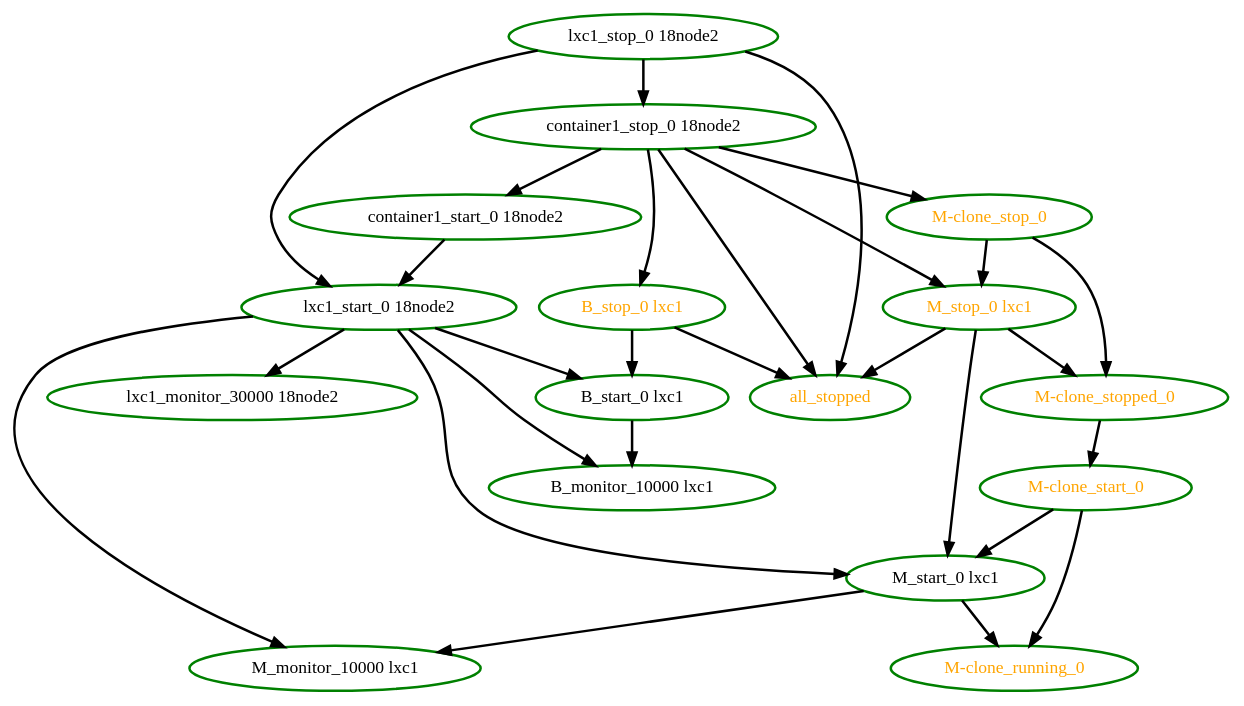
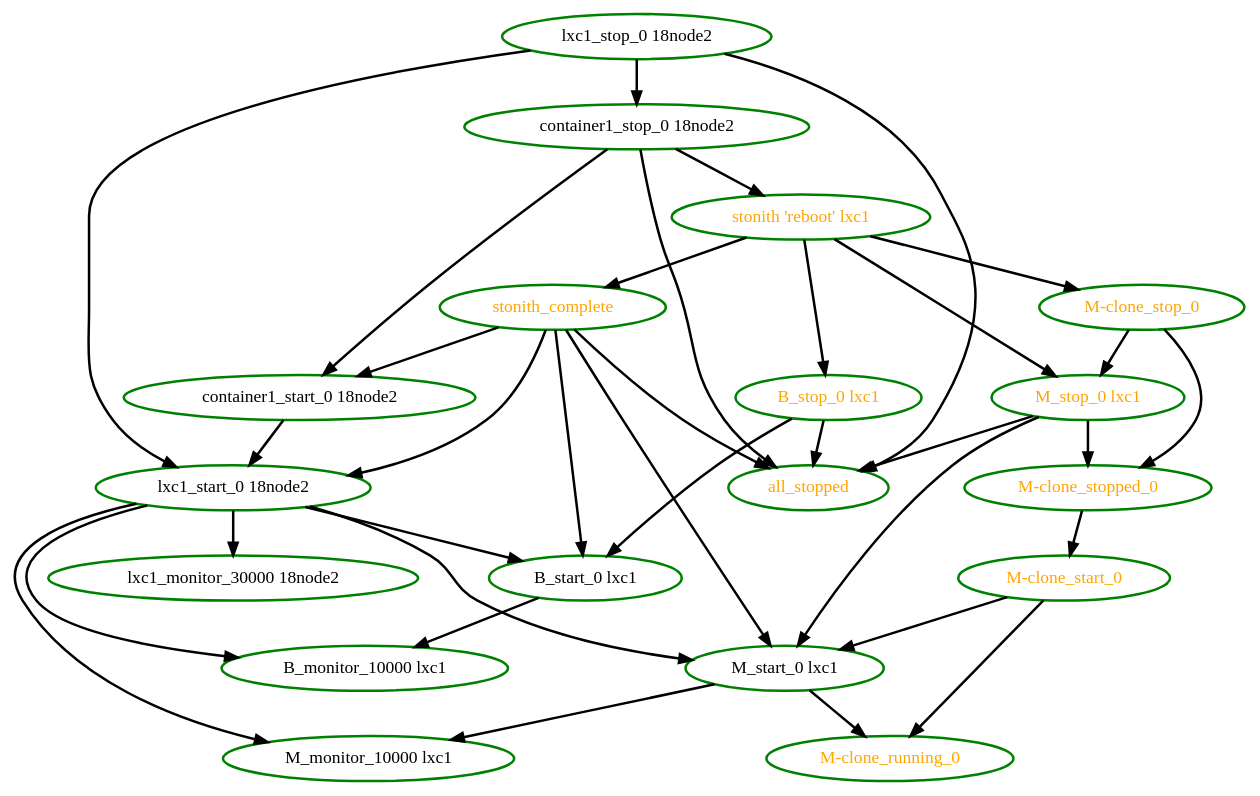
One commit to ClusterLabs/pacemaker changed the diagram in pengine/test10/whitebox-fail2.dot. Above: the diagram before and after it, drawn with Graphviz. The commit also changed 23 other files, not shown here.

```diff
--- a/pengine/test10/whitebox-fail2.dot
+++ b/pengine/test10/whitebox-fail2.dot
@@ -1,45 +1,54 @@
 digraph "g" {
 "B_monitor_10000 lxc1" [ style=bold color="green" fontcolor="black"]
 "B_start_0 lxc1" -> "B_monitor_10000 lxc1" [ style = bold]
 "B_start_0 lxc1" [ style=bold color="green" fontcolor="black"]
 "B_stop_0 lxc1" -> "B_start_0 lxc1" [ style = bold]
 "B_stop_0 lxc1" -> "all_stopped" [ style = bold]
 "B_stop_0 lxc1" [ style=bold color="green" fontcolor="orange"]
 "M-clone_running_0" [ style=bold color="green" fontcolor="orange"]
 "M-clone_start_0" -> "M-clone_running_0" [ style = bold]
 "M-clone_start_0" -> "M_start_0 lxc1" [ style = bold]
 "M-clone_start_0" [ style=bold color="green" fontcolor="orange"]
 "M-clone_stop_0" -> "M-clone_stopped_0" [ style = bold]
 "M-clone_stop_0" -> "M_stop_0 lxc1" [ style = bold]
 "M-clone_stop_0" [ style=bold color="green" fontcolor="orange"]
 "M-clone_stopped_0" -> "M-clone_start_0" [ style = bold]
 "M-clone_stopped_0" [ style=bold color="green" fontcolor="orange"]
 "M_monitor_10000 lxc1" [ style=bold color="green" fontcolor="black"]
 "M_start_0 lxc1" -> "M-clone_running_0" [ style = bold]
 "M_start_0 lxc1" -> "M_monitor_10000 lxc1" [ style = bold]
 "M_start_0 lxc1" [ style=bold color="green" fontcolor="black"]
 "M_stop_0 lxc1" -> "M-clone_stopped_0" [ style = bold]
 "M_stop_0 lxc1" -> "M_start_0 lxc1" [ style = bold]
 "M_stop_0 lxc1" -> "all_stopped" [ style = bold]
 "M_stop_0 lxc1" [ style=bold color="green" fontcolor="orange"]
 "all_stopped" [ style=bold color="green" fontcolor="orange"]
 "container1_start_0 18node2" -> "lxc1_start_0 18node2" [ style = bold]
 "container1_start_0 18node2" [ style=bold color="green" fontcolor="black"]
-"container1_stop_0 18node2" -> "B_stop_0 lxc1" [ style = bold]
-"container1_stop_0 18node2" -> "M-clone_stop_0" [ style = bold]
-"container1_stop_0 18node2" -> "M_stop_0 lxc1" [ style = bold]
 "container1_stop_0 18node2" -> "all_stopped" [ style = bold]
 "container1_stop_0 18node2" -> "container1_start_0 18node2" [ style = bold]
+"container1_stop_0 18node2" -> "stonith 'reboot' lxc1" [ style = bold]
 "container1_stop_0 18node2" [ style=bold color="green" fontcolor="black"]
 "lxc1_monitor_30000 18node2" [ style=bold color="green" fontcolor="black"]
 "lxc1_start_0 18node2" -> "B_monitor_10000 lxc1" [ style = bold]
 "lxc1_start_0 18node2" -> "B_start_0 lxc1" [ style = bold]
 "lxc1_start_0 18node2" -> "M_monitor_10000 lxc1" [ style = bold]
 "lxc1_start_0 18node2" -> "M_start_0 lxc1" [ style = bold]
 "lxc1_start_0 18node2" -> "lxc1_monitor_30000 18node2" [ style = bold]
 "lxc1_start_0 18node2" [ style=bold color="green" fontcolor="black"]
 "lxc1_stop_0 18node2" -> "all_stopped" [ style = bold]
 "lxc1_stop_0 18node2" -> "container1_stop_0 18node2" [ style = bold]
 "lxc1_stop_0 18node2" -> "lxc1_start_0 18node2" [ style = bold]
 "lxc1_stop_0 18node2" [ style=bold color="green" fontcolor="black"]
+"stonith 'reboot' lxc1" -> "B_stop_0 lxc1" [ style = bold]
+"stonith 'reboot' lxc1" -> "M-clone_stop_0" [ style = bold]
+"stonith 'reboot' lxc1" -> "M_stop_0 lxc1" [ style = bold]
+"stonith 'reboot' lxc1" -> "stonith_complete" [ style = bold]
+"stonith 'reboot' lxc1" [ style=bold color="green" fontcolor="orange"]
+"stonith_complete" -> "B_start_0 lxc1" [ style = bold]
+"stonith_complete" -> "M_start_0 lxc1" [ style = bold]
+"stonith_complete" -> "all_stopped" [ style = bold]
+"stonith_complete" -> "container1_start_0 18node2" [ style = bold]
+"stonith_complete" -> "lxc1_start_0 18node2" [ style = bold]
+"stonith_complete" [ style=bold color="green" fontcolor="orange"]
 }
```
